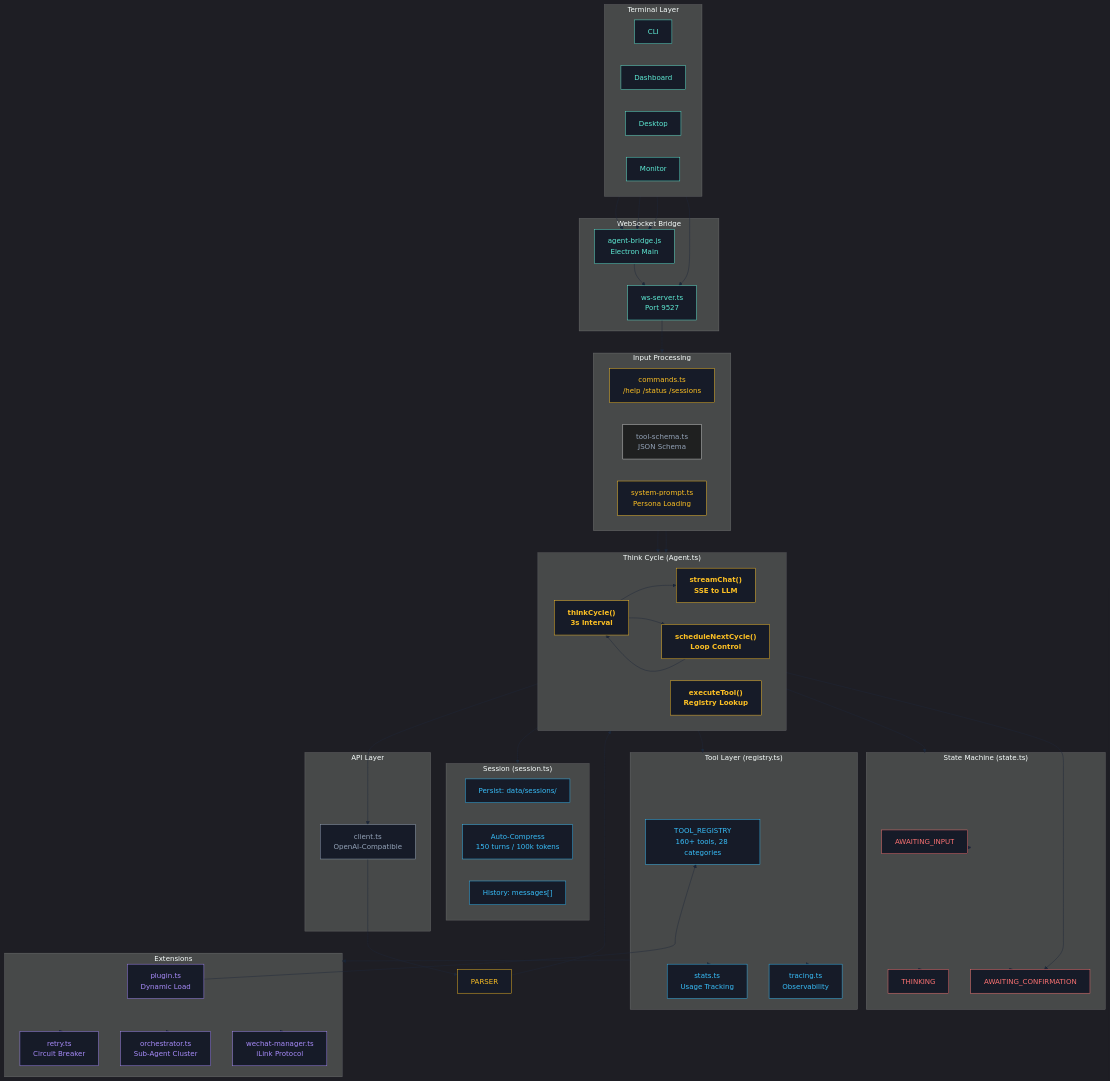
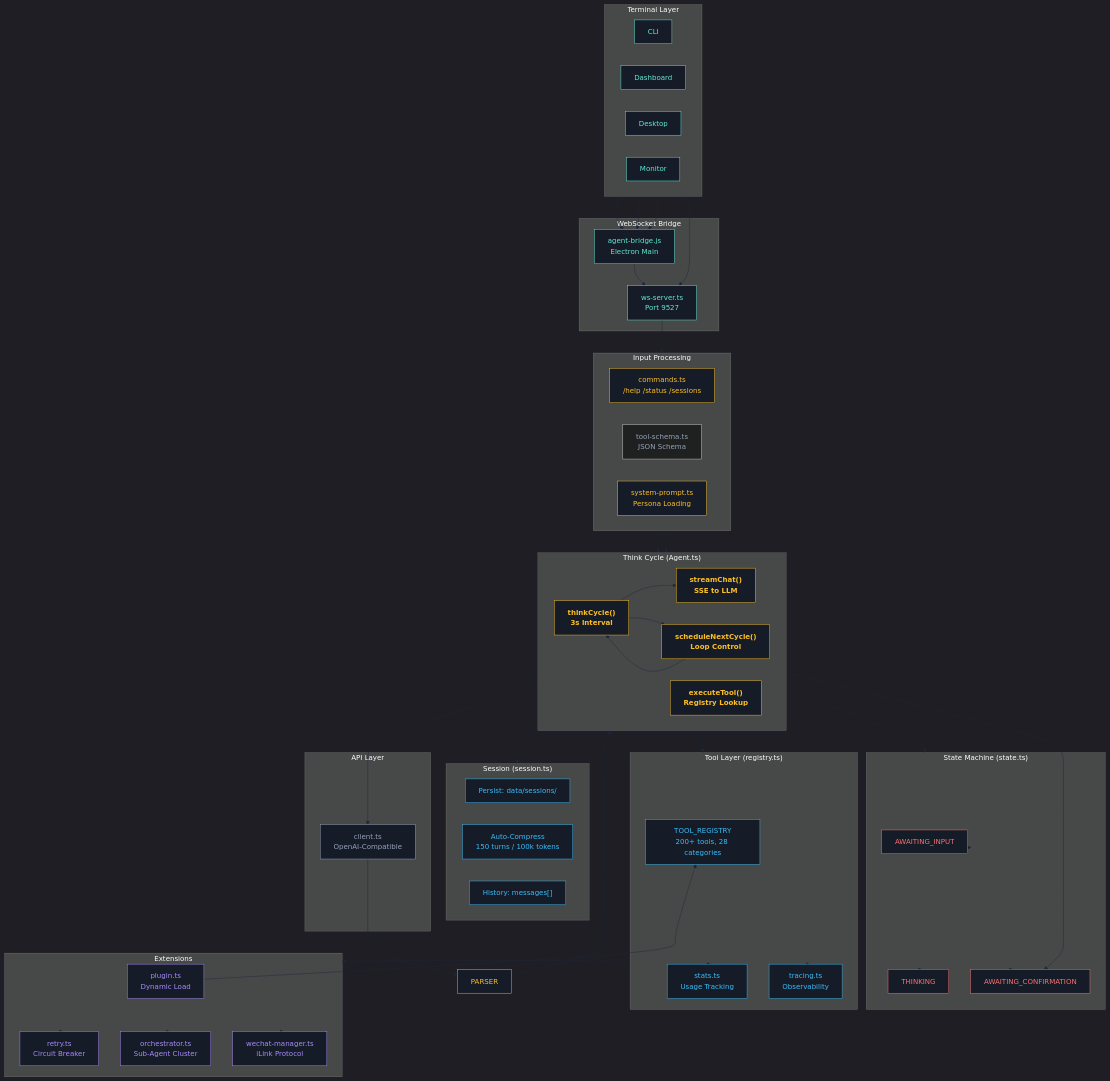
One commit to 1486853830/CogitoAgent changed the second of 2 diagrams in README.md. Above: the diagram before and after it, drawn with Mermaid. The commit also changed other lines of this file and 11 other files, not shown here.

```diff
--- a/README.md
+++ b/README.md
@@ -246,7 +285,7 @@
     end
 
     subgraph TOOLS["Tool Layer (registry.ts)"]
-        REG["TOOL_REGISTRY<br/>160+ tools, 28 categories"]
+        REG["TOOL_REGISTRY<br/>200+ tools, 28 categories"]
         STATS["stats.ts<br/>Usage Tracking"]
         TRACE["tracing.ts<br/>Observability"]
     end
```
